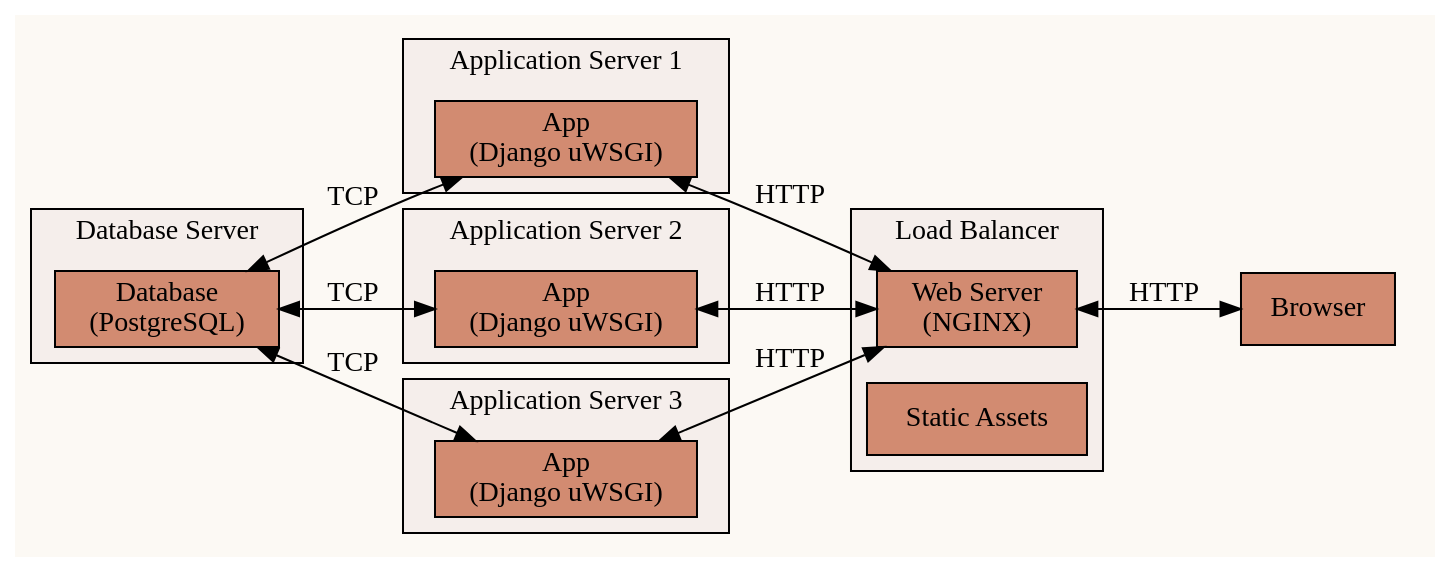
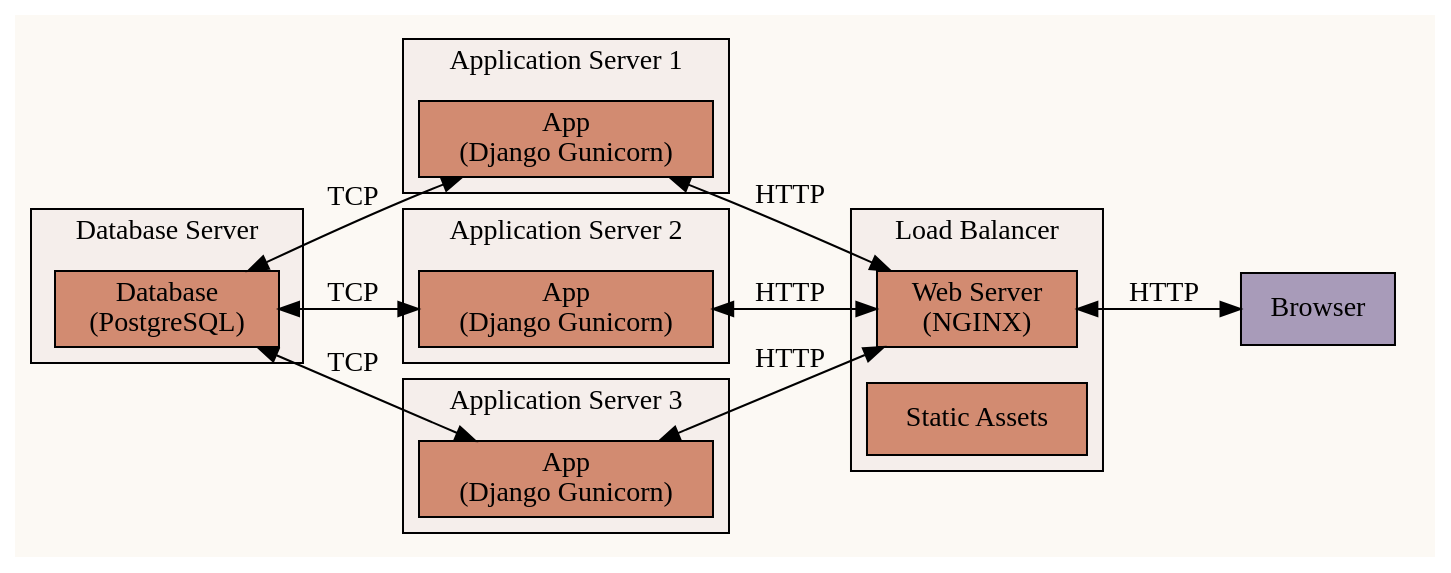
One commit to hnarayanan/harishnarayanan.org changed the diagram in static/images/writing/kubernetes-django/on-separate-servers.dot. Above: the diagram before and after it, drawn with Graphviz. The commit also changed 5 other files, not shown here.

Commit message:
Align all svg graphics

```diff
--- a/static/images/writing/kubernetes-django/on-separate-servers.dot
+++ b/static/images/writing/kubernetes-django/on-separate-servers.dot
@@ -1,54 +1,54 @@
 digraph Application {
     bgcolor = "#fcf9f4";
     rankdir = LR;
     node[shape=box, style=filled, fillcolor="#d28b71"];
 
     subgraph clusterClient {
         style = invis;
-        browser [label="Browser"];
+        browser [label="Browser", fillcolor="#a89bb9"];
     };
 
     subgraph clusterDatabaseServer {
         label = "Database Server";
         bgcolor = "#f5eeeb";
         database [label="Database\n(PostgreSQL)"];
     }
 
     subgraph clusterAppServer {
         label = "Application Server 1";
         bgcolor = "#f5eeeb";
-        app [label="App\n(Django uWSGI)"];
+        app [label="App\n(Django Gunicorn)"];
     };
 
     subgraph clusterAppServer2 {
         label = "Application Server 2";
         bgcolor = "#f5eeeb";
-        app2 [label="App\n(Django uWSGI)"];
+        app2 [label="App\n(Django Gunicorn)"];
     };
 
     subgraph clusterAppServer3 {
         label = "Application Server 3";
         bgcolor = "#f5eeeb";
-        app3 [label="App\n(Django uWSGI)"];
+        app3 [label="App\n(Django Gunicorn)"];
     };
 
     subgraph clusterLoadBalancer {
 	rank = "same";
         label = "Load Balancer";
         bgcolor = "#f5eeeb";
 	webserver [label="Web Server\n(NGINX)"];
         assets [label="Static Assets"];
     };
 
     database -> app [label="TCP", dir="both"];
     app -> webserver [label="HTTP", dir="both"];
 
     database -> app2 [label="TCP", dir="both"];
     app2 -> webserver [label="HTTP", dir="both"];
 
     database -> app3 [label="TCP", dir="both"];
     app3 -> webserver [label="HTTP", dir="both"];
 
     // assets -> webserver;
     webserver -> browser [label="HTTP", dir="both"];
 }
```
